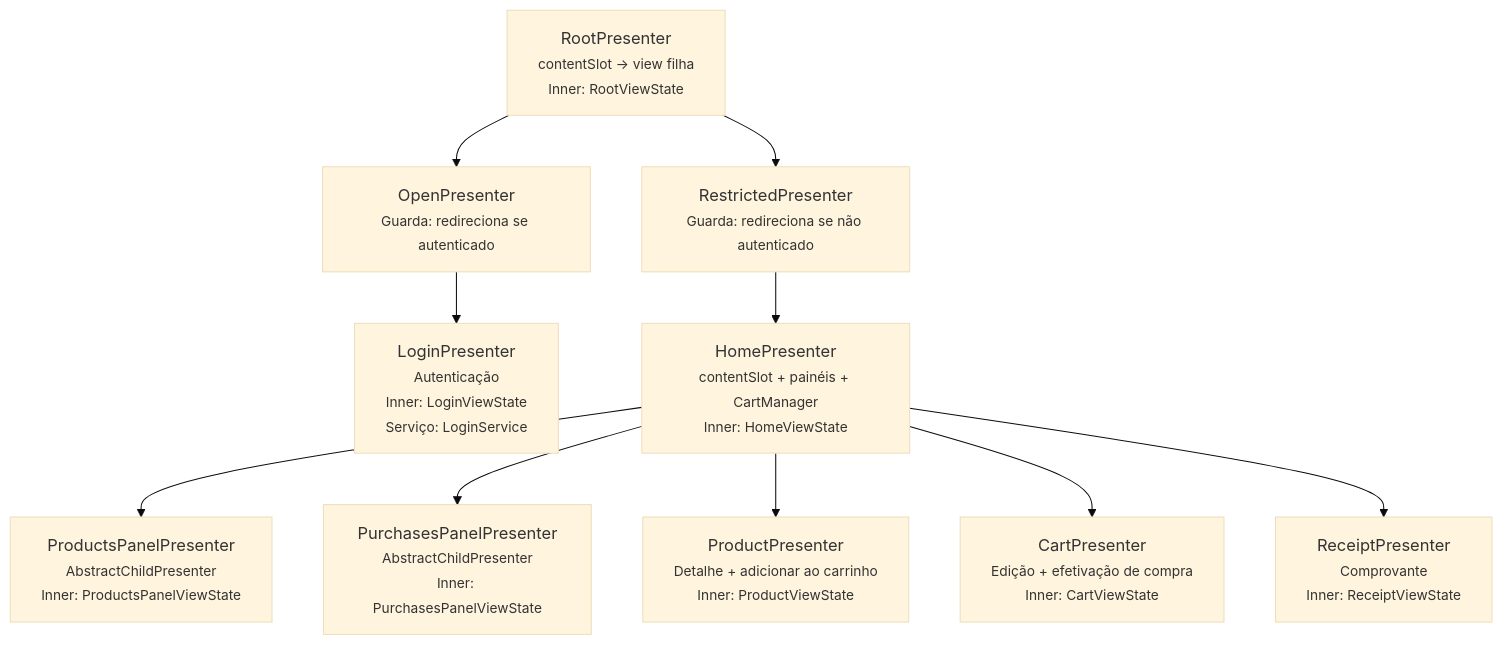
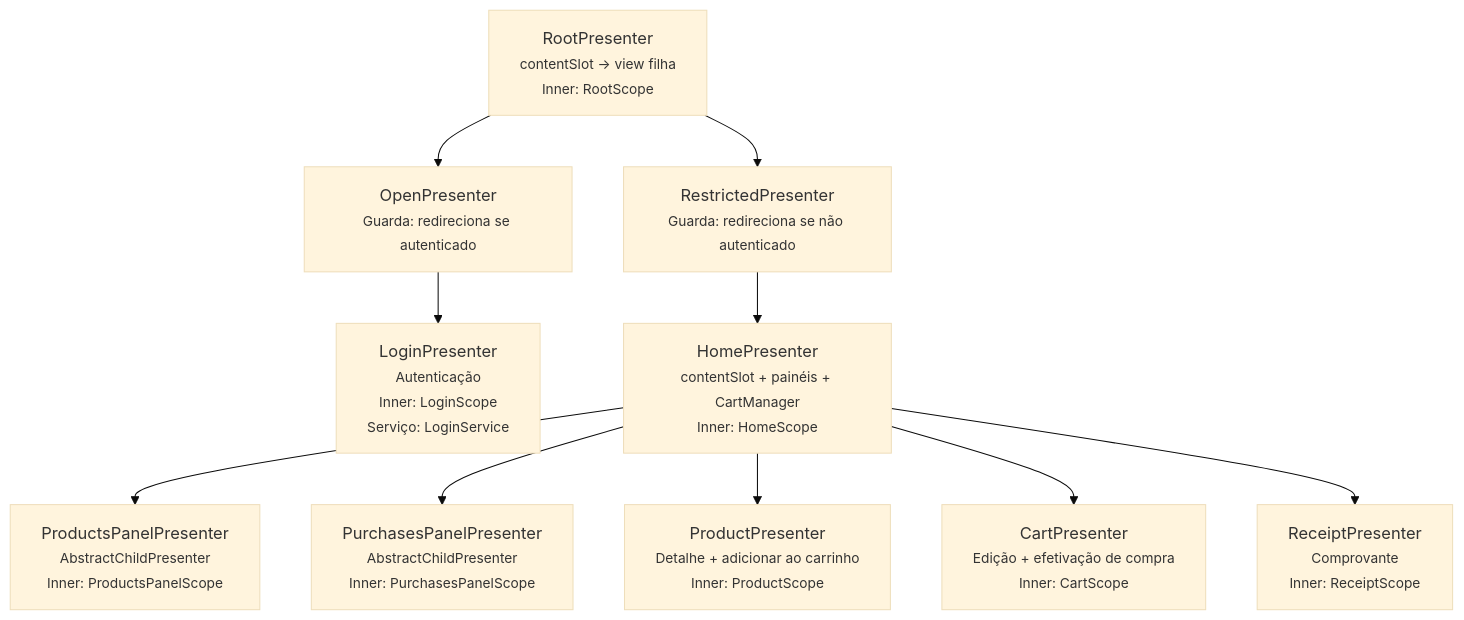
The third of 3 diagrams in fontes/br.com.wdc.shopping/br.com.wdc.shopping.presentation/README.md (mrcdom/wdc-cube-java-v2), drawn with Mermaid (base theme) before and after one commit. The commit also changed other lines of this file and 77 other files, not shown here.

First line of the commit message:
🧹 [CHORE] ViewState passa a se chamar Scope

````diff
--- a/fontes/br.com.wdc.shopping/br.com.wdc.shopping.presentation/README.md
+++ b/fontes/br.com.wdc.shopping/br.com.wdc.shopping.presentation/README.md
@@ -99,17 +99,17 @@
 ```mermaid
 graph TD
-    RootP["RootPresenter<br/><small>contentSlot → view filha<br/>Inner: RootViewState</small>"]
+    RootP["RootPresenter<br/><small>contentSlot → view filha<br/>Inner: RootScope</small>"]
 
     RootP --> OpenP["OpenPresenter<br/><small>Guarda: redireciona se autenticado</small>"]
     RootP --> RestrictedP["RestrictedPresenter<br/><small>Guarda: redireciona se não autenticado</small>"]
 
-    OpenP --> LoginP["LoginPresenter<br/><small>Autenticação<br/>Inner: LoginViewState<br/>Serviço: LoginService</small>"]
+    OpenP --> LoginP["LoginPresenter<br/><small>Autenticação<br/>Inner: LoginScope<br/>Serviço: LoginService</small>"]
 
-    RestrictedP --> HomeP["HomePresenter<br/><small>contentSlot + painéis + CartManager<br/>Inner: HomeViewState</small>"]
+    RestrictedP --> HomeP["HomePresenter<br/><small>contentSlot + painéis + CartManager<br/>Inner: HomeScope</small>"]
 
-    HomeP --> ProdPanelP["ProductsPanelPresenter<br/><small>AbstractChildPresenter<br/>Inner: ProductsPanelViewState</small>"]
-    HomeP --> PurchPanelP["PurchasesPanelPresenter<br/><small>AbstractChildPresenter<br/>Inner: PurchasesPanelViewState</small>"]
-    HomeP --> ProductP["ProductPresenter<br/><small>Detalhe + adicionar ao carrinho<br/>Inner: ProductViewState</small>"]
-    HomeP --> CartP["CartPresenter<br/><small>Edição + efetivação de compra<br/>Inner: CartViewState</small>"]
-    HomeP --> ReceiptP["ReceiptPresenter<br/><small>Comprovante<br/>Inner: ReceiptViewState</small>"]
+    HomeP --> ProdPanelP["ProductsPanelPresenter<br/><small>AbstractChildPresenter<br/>Inner: ProductsPanelScope</small>"]
+    HomeP --> PurchPanelP["PurchasesPanelPresenter<br/><small>AbstractChildPresenter<br/>Inner: PurchasesPanelScope</small>"]
+    HomeP --> ProductP["ProductPresenter<br/><small>Detalhe + adicionar ao carrinho<br/>Inner: ProductScope</small>"]
+    HomeP --> CartP["CartPresenter<br/><small>Edição + efetivação de compra<br/>Inner: CartScope</small>"]
+    HomeP --> ReceiptP["ReceiptPresenter<br/><small>Comprovante<br/>Inner: ReceiptScope</small>"]
 ```
````
